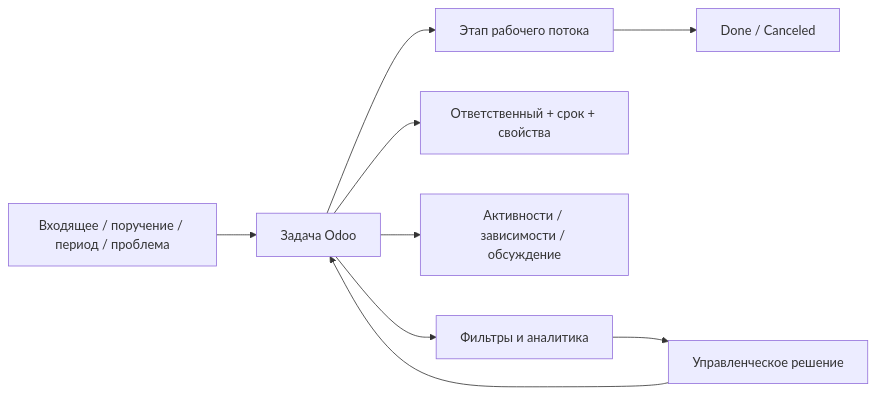
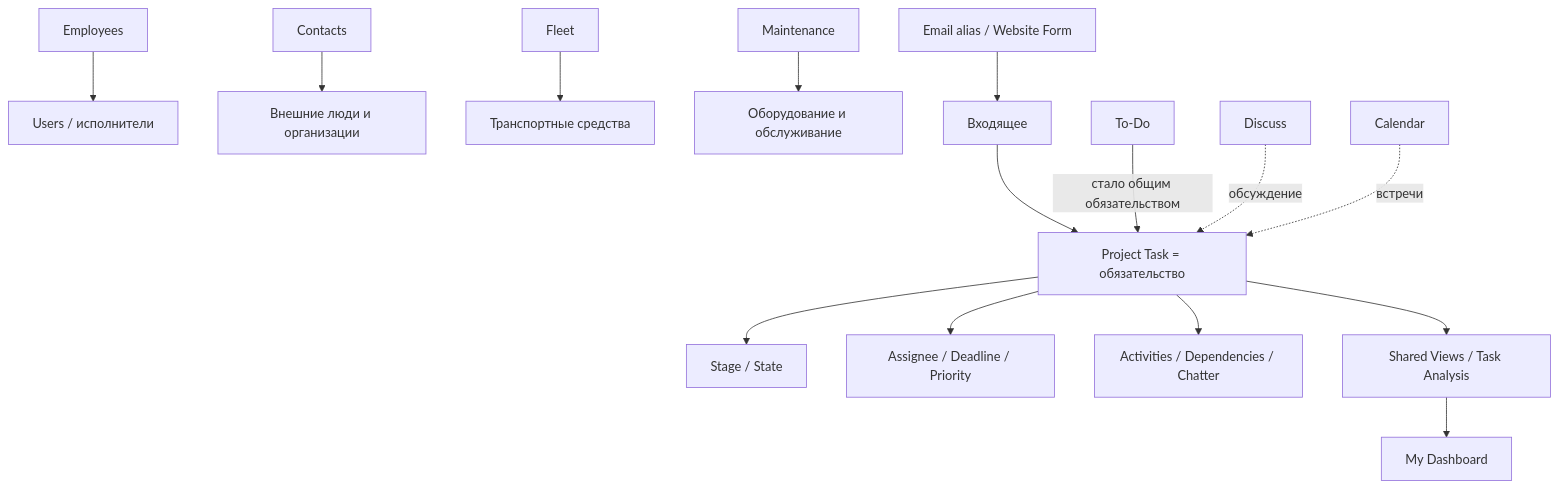
Before and after one commit to lazuale/department: the diagram in README.md, drawn with Mermaid. The commit also changed other lines of this file, not shown here.

````diff
--- a/README.md
+++ b/README.md
@@ -28,11 +39,19 @@
 ```mermaid
-flowchart LR
-    I[Входящее / поручение / период / проблема] --> T[Задача Odoo]
-    T --> S[Этап рабочего потока]
-    T --> A[Ответственный + срок + свойства]
-    T --> N[Активности / зависимости / обсуждение]
-    S --> R[Done / Canceled]
-    T --> Q[Фильтры и аналитика]
-    Q --> D[Управленческое решение]
-    D --> T
+flowchart TB
+    E[Employees] --> U[Users / исполнители]
+    C[Contacts] --> X[Внешние люди и организации]
+    F[Fleet] --> V[Транспортные средства]
+    M[Maintenance] --> EQ[Оборудование и обслуживание]
+
+    I[Входящее] --> T[Project Task = обязательство]
+    T --> S[Stage / State]
+    T --> A[Assignee / Deadline / Priority]
+    T --> N[Activities / Dependencies / Chatter]
+    T --> Q[Shared Views / Task Analysis]
+    Q --> D[My Dashboard]
+
+    TD[To-Do] -->|стало общим обязательством| T
+    DS[Discuss] -. обсуждение .-> T
+    CAL[Calendar] -. встречи .-> T
+    W[Email alias / Website Form] --> I
 ```
````
